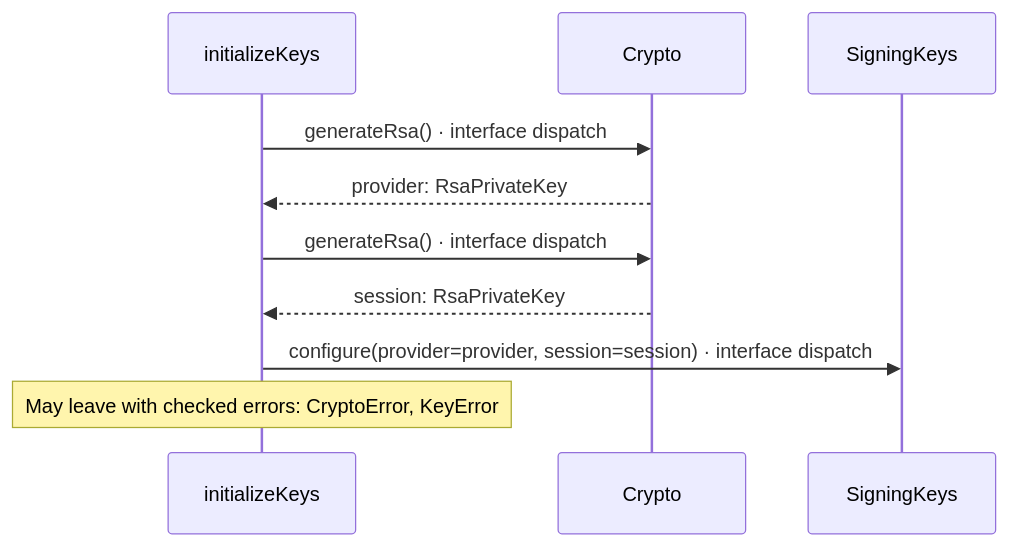
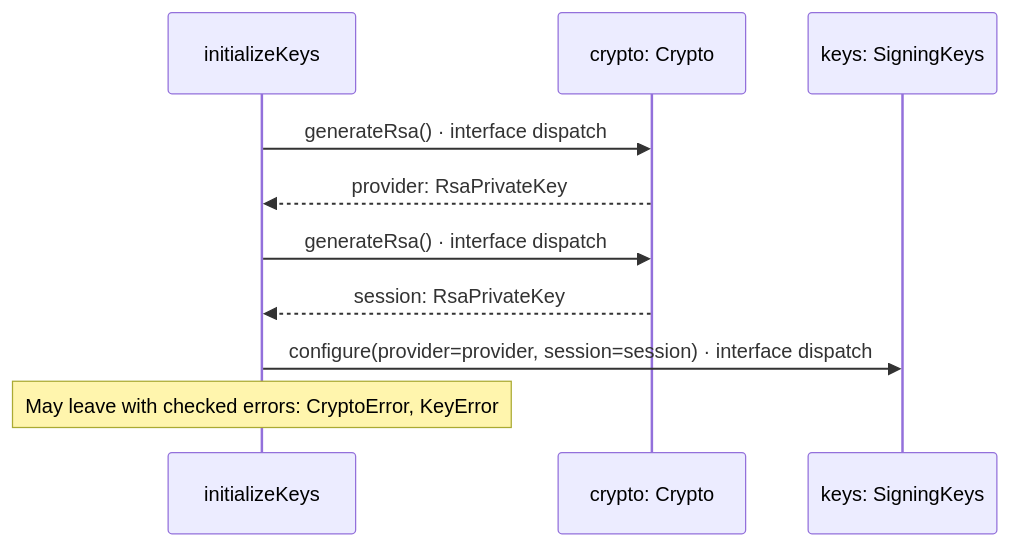
Before and after one commit to GreenPandaStudios/augscript: the seventh of 7 diagrams in docs/examples/oidc-login/common/keys-diagrams.md, drawn with Mermaid. The commit also changed 102 other files, not shown here.

Commit message:
Keep named service receivers distinct in sequence data flow

````diff
--- a/docs/examples/oidc-login/common/keys-diagrams.md
+++ b/docs/examples/oidc-login/common/keys-diagrams.md
@@ -190,12 +190,12 @@
 ```mermaid
 sequenceDiagram
     participant p0 as initializeKeys
-    participant p1 as Crypto
-    participant p2 as SigningKeys
+    participant p1 as crypto: Crypto
+    participant p2 as keys: SigningKeys
     p0->>p1: generateRsa() · interface dispatch
     p1-->>p0: provider: RsaPrivateKey
     p0->>p1: generateRsa() · interface dispatch
     p1-->>p0: session: RsaPrivateKey
     p0->>p2: configure(provider=provider, session=session) · interface dispatch
     Note over p0: May leave with checked errors: CryptoError, KeyError
 ```
````
